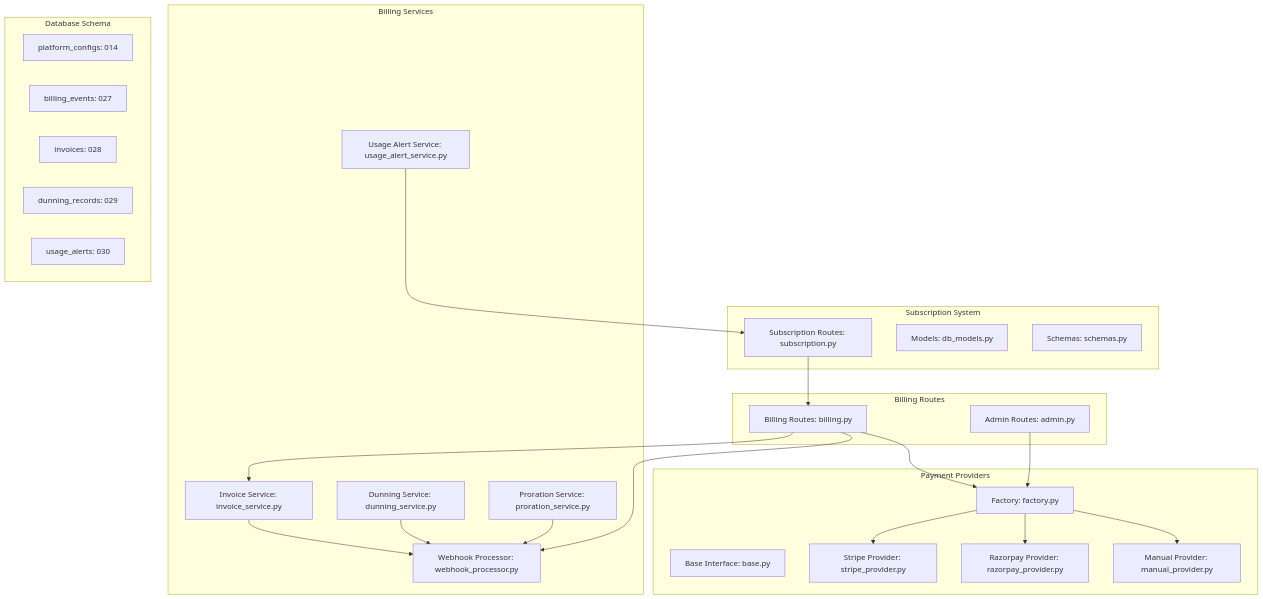
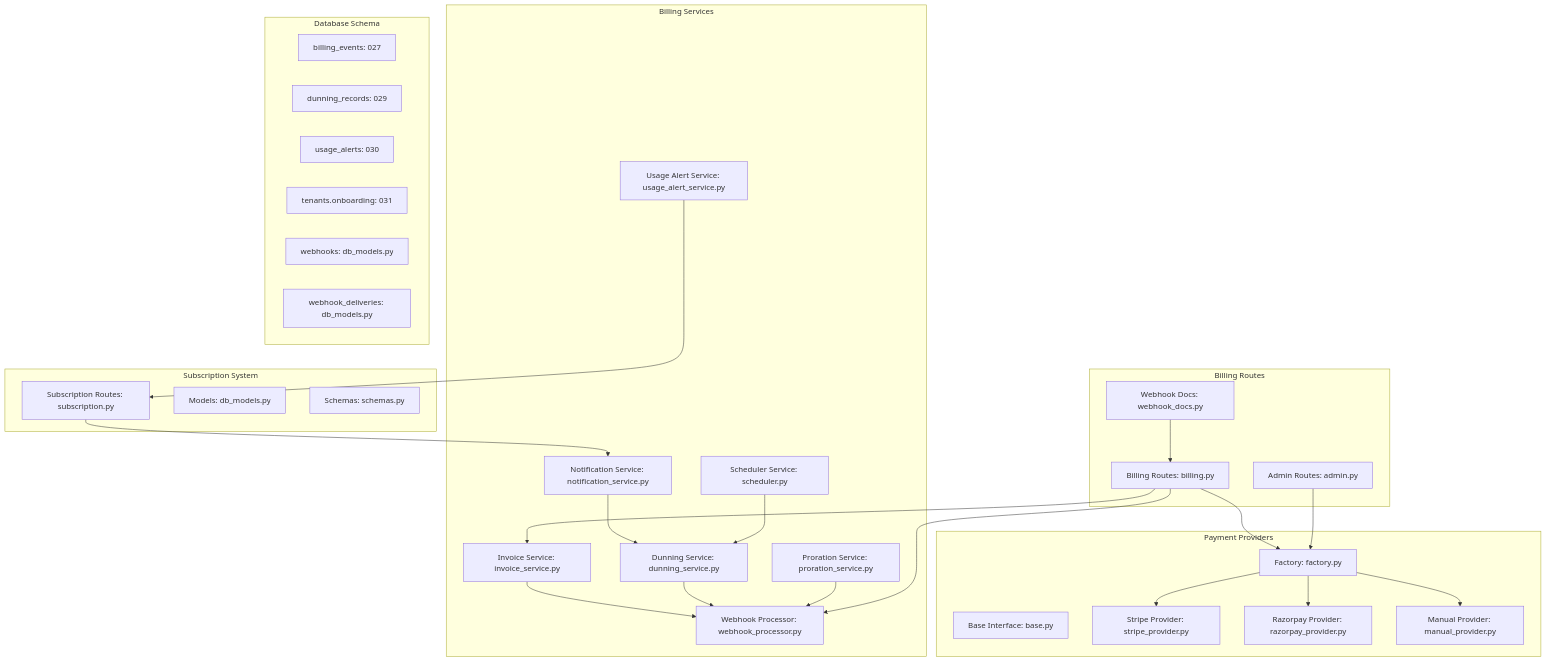
The first of 7 diagrams in .qoder/repowiki/en/content/API Reference/Subscription & Billing.md (Revanththetalogics/aireume), drawn with Mermaid before and after one commit. The commit also changed other lines of this file and 13 other files, not shown here.

````diff
--- a/.qoder/repowiki/en/content/API Reference/Subscription & Billing.md
+++ b/.qoder/repowiki/en/content/API Reference/Subscription & Billing.md
@@ -78,45 +91,52 @@
 ```mermaid
 graph TB
 subgraph "Payment Providers"
 A["Factory: factory.py"]
 B["Base Interface: base.py"]
 C["Stripe Provider: stripe_provider.py"]
 D["Razorpay Provider: razorpay_provider.py"]
 E["Manual Provider: manual_provider.py"]
 end
 subgraph "Billing Services"
 F["Invoice Service: invoice_service.py"]
 G["Webhook Processor: webhook_processor.py"]
 H["Dunning Service: dunning_service.py"]
 I["Proration Service: proration_service.py"]
 J["Usage Alert Service: usage_alert_service.py"]
+K["Notification Service: notification_service.py"]
+L["Scheduler Service: scheduler.py"]
 end
 subgraph "Billing Routes"
-K["Billing Routes: billing.py"]
-L["Admin Routes: admin.py"]
+M["Billing Routes: billing.py"]
+N["Admin Routes: admin.py"]
+O["Webhook Docs: webhook_docs.py"]
 end
 subgraph "Subscription System"
-M["Subscription Routes: subscription.py"]
-N["Models: db_models.py"]
-O["Schemas: schemas.py"]
+P["Subscription Routes: subscription.py"]
+Q["Models: db_models.py"]
+R["Schemas: schemas.py"]
 end
 subgraph "Database Schema"
-P["platform_configs: 014"]
-Q["billing_events: 027"]
-R["invoices: 028"]
-S["dunning_records: 029"]
-T["usage_alerts: 030"]
+S["billing_events: 027"]
+T["dunning_records: 029"]
+U["usage_alerts: 030"]
+V["tenants.onboarding: 031"]
+W["webhooks: db_models.py"]
+X["webhook_deliveries: db_models.py"]
 end
 A --> C
 A --> D
 A --> E
 F --> G
 H --> G
 I --> G
-J --> M
-K --> A
-K --> F
-K --> G
-L --> A
-M --> K
+J --> P
+K --> H
+L --> H
+M --> A
+M --> F
+M --> G
+N --> A
+O --> M
+P --> K
 ```
````
